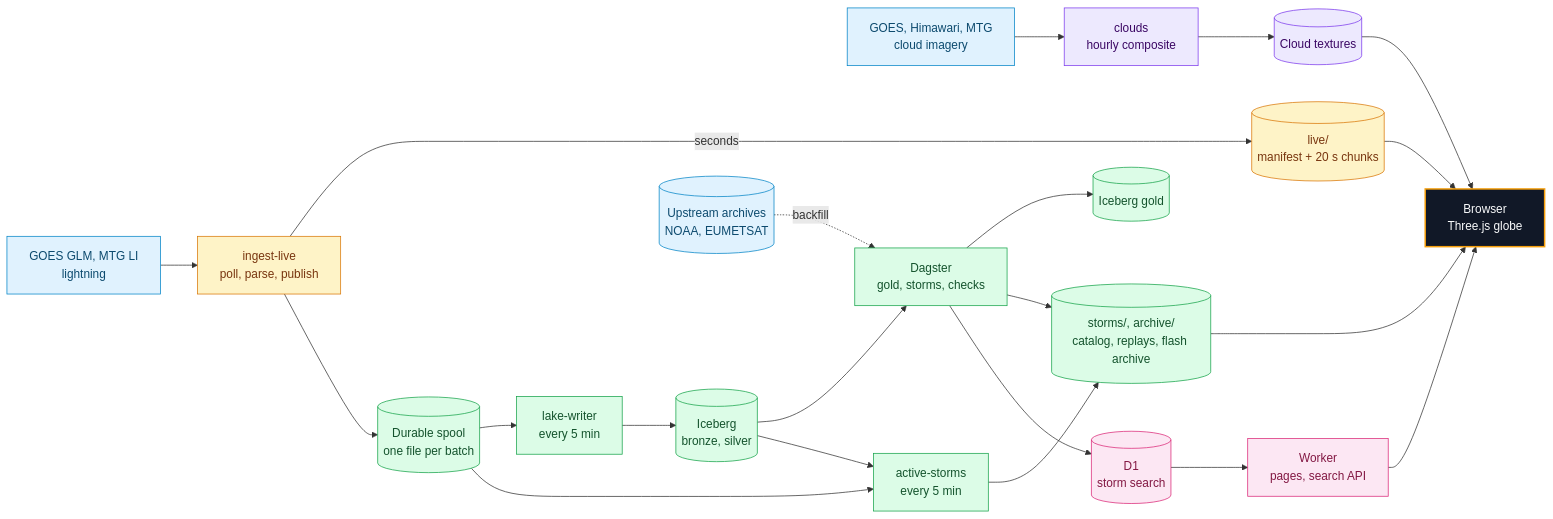
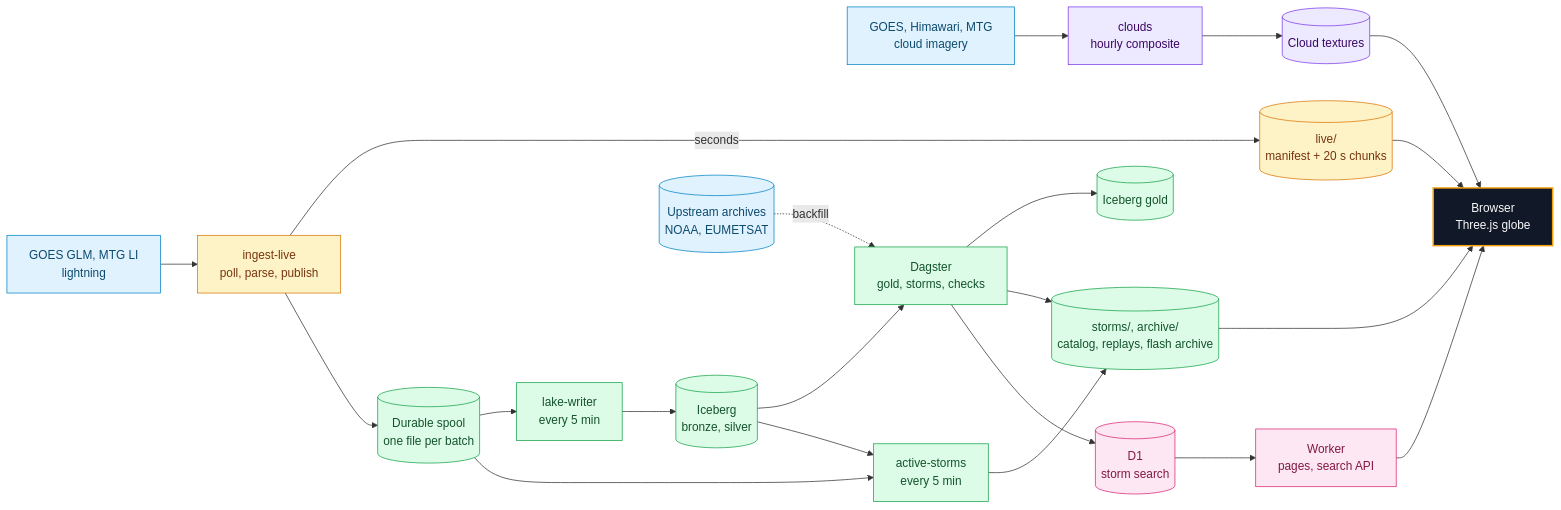
Before and after one commit to pierregc/scintille: the diagram in docs/architecture.md, drawn with Mermaid.

Commit message:
docs: keep the architecture diagram labels on their lines

````diff
--- a/docs/architecture.md
+++ b/docs/architecture.md
@@ -7,34 +7,35 @@
 ```mermaid
+%%{init: {"flowchart": {"wrappingWidth": 260}}}%%
 flowchart LR
     imagers["GOES, Himawari, MTG<br/>cloud imagery"] --> clouds_proc["clouds<br/>hourly composite"]
     clouds_proc --> textures[("Cloud textures")]
     lightning["GOES GLM, MTG LI<br/>lightning"] --> ingest["ingest-live<br/>poll, parse, publish"]
     ingest -->|seconds| live[("live/<br/>manifest + 20 s chunks")]
     ingest --> spool[("Durable spool<br/>one file per batch")]
     spool --> writer["lake-writer<br/>every 5 min"]
     writer --> lake[("Iceberg<br/>bronze, silver")]
     lake --> dagster["Dagster<br/>gold, storms, checks"]
     archives[("Upstream archives<br/>NOAA, EUMETSAT")] -.->|backfill| dagster
     dagster --> gold[("Iceberg gold")]
     dagster --> pub[("storms/, archive/<br/>catalog, replays, flash archive")]
     dagster --> d1[("D1<br/>storm search")]
     lake --> active_proc["active-storms<br/>every 5 min"]
     spool --> active_proc
     active_proc --> pub
     d1 --> worker["Worker<br/>pages, search API"]
     live & pub & textures --> browser["Browser<br/>Three.js globe"]
     worker --> browser
 
     classDef source fill:#e0f2fe,stroke:#0284c7,color:#0c4a6e
     classDef hot fill:#fef3c7,stroke:#d97706,color:#78350f
     classDef lake fill:#dcfce7,stroke:#16a34a,color:#14532d
     classDef cloud fill:#ede9fe,stroke:#7c3aed,color:#3b0764
     classDef serve fill:#fce7f3,stroke:#db2777,color:#831843
     classDef app fill:#111827,stroke:#f59e0b,stroke-width:2px,color:#f9fafb
     class lightning,imagers,archives source
     class ingest,live hot
     class spool,writer,lake,dagster,gold,pub,active_proc lake
     class clouds_proc,textures cloud
     class d1,worker serve
     class browser app
 ```
````
